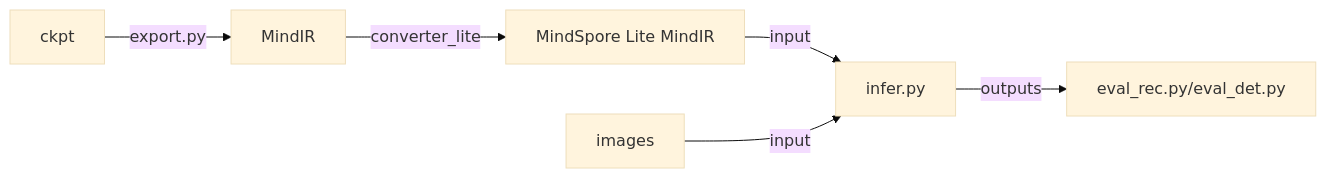
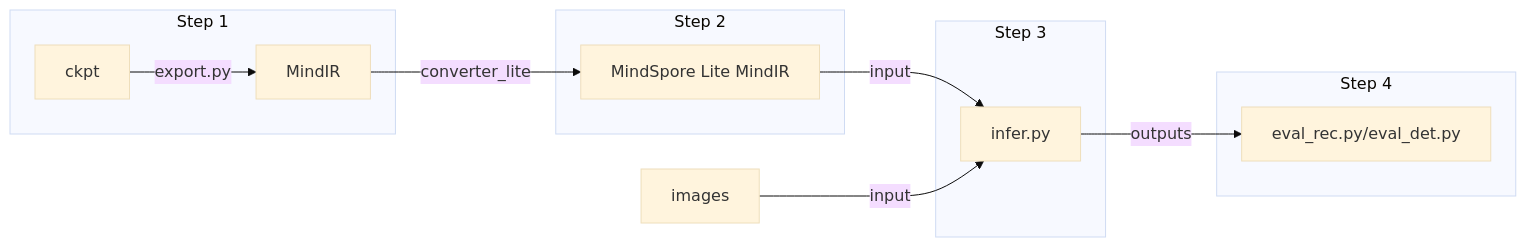
Before and after one commit to mindspore-lab/mindocr: the diagram in docs/cn/inference/models_list.md, drawn with Mermaid (base theme). The commit also changed other lines of this file and 3 other files, not shown here.

````diff
--- a/docs/cn/inference/models_list.md
+++ b/docs/cn/inference/models_list.md
@@ -3,6 +32,20 @@
 ```mermaid
 graph LR;
-    A[ckpt] -- export.py --> B[MindIR] -- converter_lite --> C[MindSpore Lite MindIR];
-    C --input --> D[infer.py] -- outputs --> eval_rec.py/eval_det.py;
-    H[images] --input --> D[infer.py];
+    subgraph Step 1
+        A[ckpt] -- export.py --> B[MindIR]
+    end
+
+    subgraph Step 2
+        B -- converter_lite --> C[MindSpore Lite MindIR];
+    end
+
+    subgraph Step 3
+        C -- input --> D[infer.py];
+    end
+
+    subgraph Step 4
+        D -- outputs --> E[eval_rec.py/eval_det.py];
+    end
+
+    F[images] -- input --> D;
 ```
````
